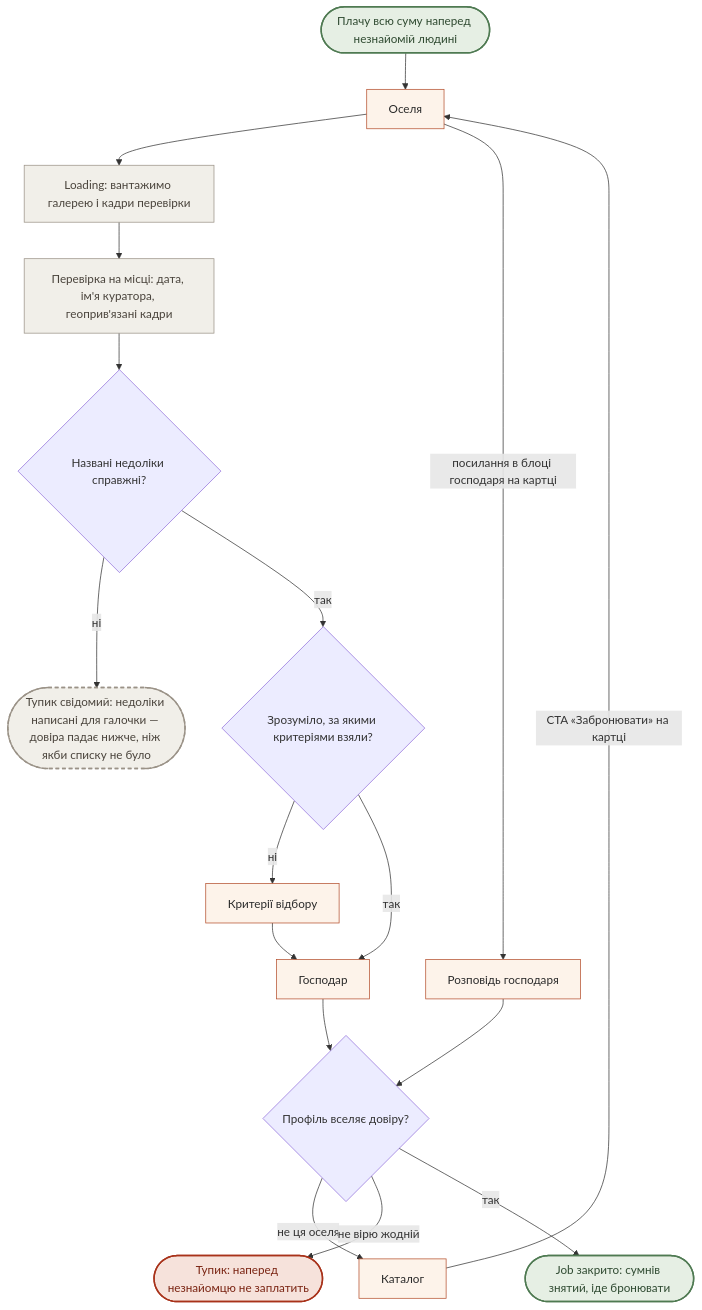
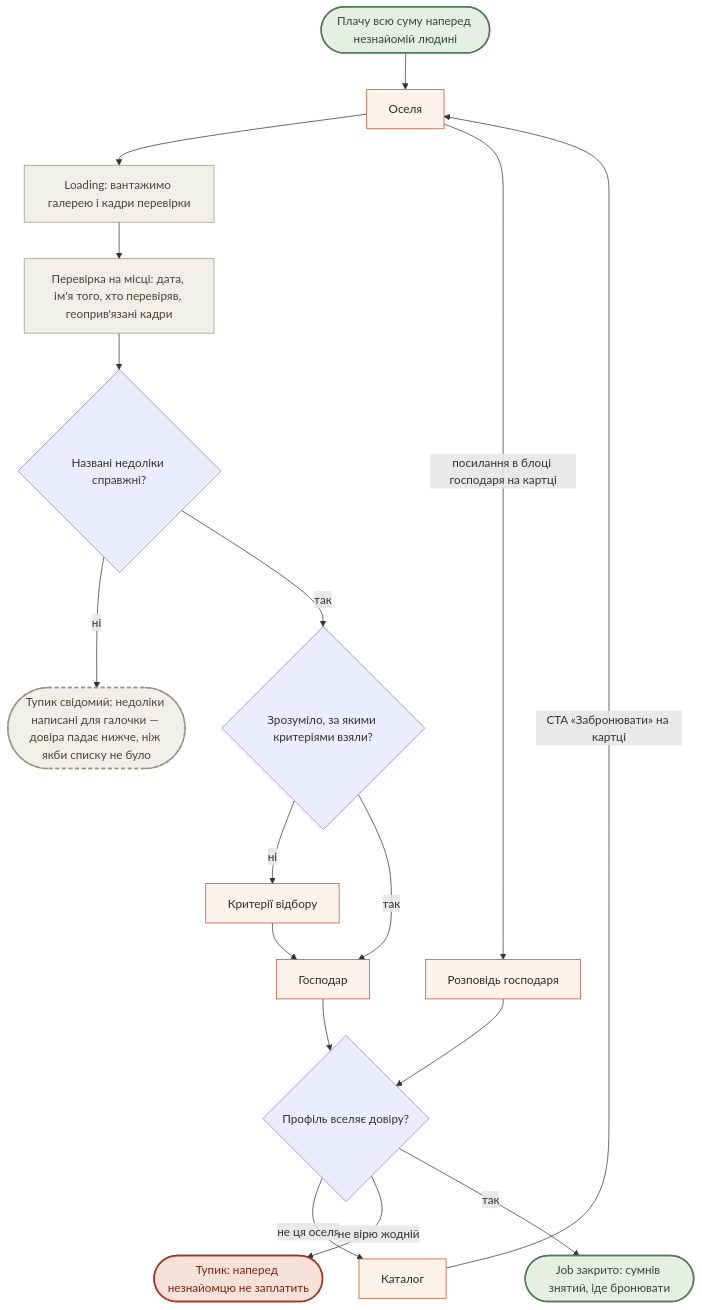
Before and after one commit to sofiya5395870-sys/khata-v-seli: the fourth of 10 diagrams in ia/flows.md, drawn with Mermaid. The commit also changed other lines of this file and 8 other files, not shown here.

````diff
--- a/ia/flows.md
+++ b/ia/flows.md
@@ -161,32 +161,32 @@
 ```mermaid
 flowchart TD
     Start(["Плачу всю суму наперед незнайомій людині"]) --> House["Оселя"]
     House --> Load["Loading: вантажимо галерею і кадри перевірки"]
-    Load --> Proof["Перевірка на місці: дата, ім'я куратора, геоприв'язані кадри"]
+    Load --> Proof["Перевірка на місці: дата, ім'я того, хто перевіряв, геоприв'язані кадри"]
     Proof --> Flaws{"Названі недоліки справжні?"}
     Flaws -->|ні| DeadFake(["Тупик свідомий: недоліки написані для галочки — довіра падає нижче, ніж якби списку не було"])
     Flaws -->|так| Why{"Зрозуміло, за якими критеріями взяли?"}
 
     Why -->|ні| Crit["Критерії відбору"]
     Crit --> Owner["Господар"]
     Why -->|так| Owner
 
     House -->|посилання в блоці господаря на картці| Talk["Розповідь господаря"]
     Talk --> Trust
     Owner --> Trust{"Профіль вселяє довіру?"}
     Trust -->|не ця оселя| Cat["Каталог"]
     Cat -->|CTA «Забронювати» на картці| House
     Trust -->|не вірю жодній| DeadTrust(["Тупик: наперед незнайомцю не заплатить"])
     Trust -->|так| Win(["Job закрито: сумнів знятий, іде бронювати"])
 
     classDef screen fill:#fdf3ea,stroke:#b5502e,color:#2b2b2b
     classDef state fill:#f1efe9,stroke:#9a9287,color:#4a443c
     classDef dead fill:#f6e2db,stroke:#a8321a,stroke-width:2px,color:#7a2412
     classDef kept fill:#f1efe9,stroke:#9a9287,stroke-width:2px,stroke-dasharray:5 4,color:#4a443c
     classDef win fill:#e6efe4,stroke:#4f7a52,stroke-width:2px,color:#2f4a31
     class House,Cat,Crit,Owner,Talk screen
     class Load,Proof state
     class DeadTrust dead
     class DeadFake kept
     class Win,Start win
 ```
````
